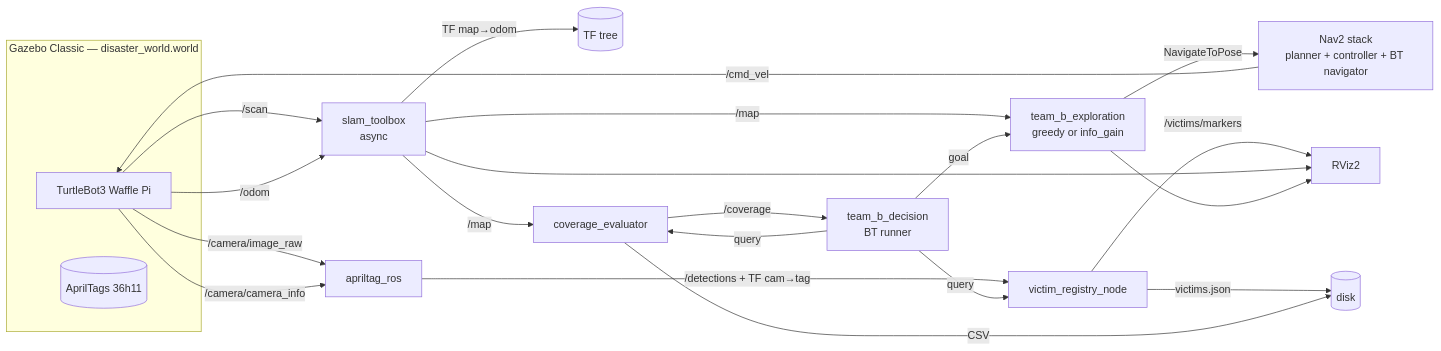
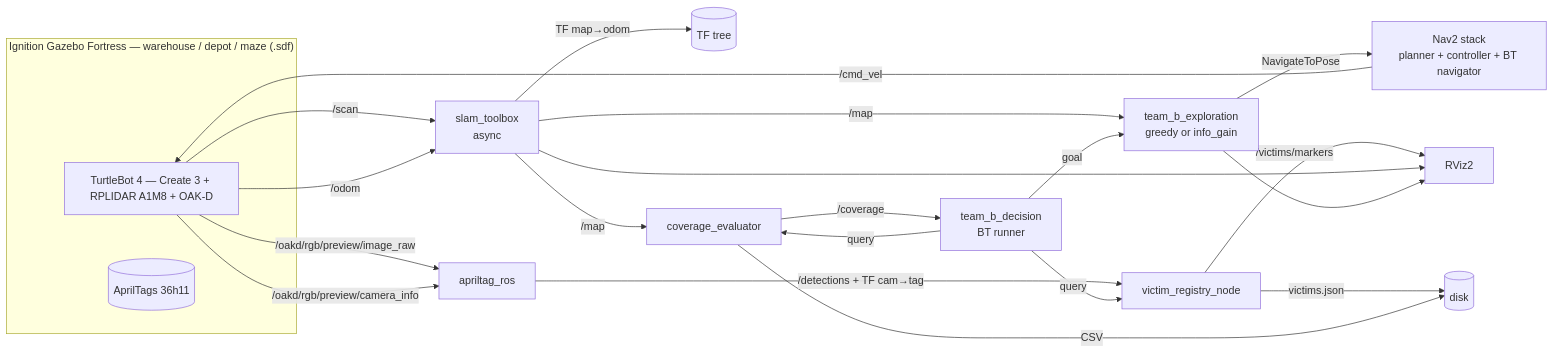
Before and after one commit to YiZeems/autonomous-search-and-rescue: the diagram in docs/architecture.md, drawn with Mermaid. The commit also changed other lines of this file and 8 other files, not shown here.

````diff
--- a/docs/architecture.md
+++ b/docs/architecture.md
@@ -7,34 +7,34 @@
 ```mermaid
 flowchart LR
-    subgraph SIM["Gazebo Classic — disaster_world.world"]
-        ROBOT[TurtleBot3 Waffle Pi]
+    subgraph SIM["Ignition Gazebo Fortress — warehouse / depot / maze (.sdf)"]
+        ROBOT[TurtleBot 4 — Create 3 + RPLIDAR A1M8 + OAK-D]
         TAGS[(AprilTags 36h11)]
     end
 
     ROBOT -- /scan --> SLAM
     ROBOT -- /odom --> SLAM
-    ROBOT -- /camera/image_raw --> APRIL[apriltag_ros]
-    ROBOT -- /camera/camera_info --> APRIL
+    ROBOT -- /oakd/rgb/preview/image_raw --> APRIL[apriltag_ros]
+    ROBOT -- /oakd/rgb/preview/camera_info --> APRIL
 
     SLAM[slam_toolbox<br/>async] -- /map --> EXPLORE
     SLAM -- TF map→odom --> TF[(TF tree)]
     SLAM -- /map --> METRIC
 
     APRIL -- /detections + TF cam→tag --> REG[victim_registry_node]
     REG -- /victims/markers --> RVIZ
     REG -- victims.json --> FS[(disk)]
 
     EXPLORE[team_b_exploration<br/>greedy or info_gain] -- NavigateToPose --> NAV2
     BT[team_b_decision<br/>BT runner] -- goal --> EXPLORE
     BT -- query --> REG
     BT -- query --> METRIC
 
     NAV2[Nav2 stack<br/>planner + controller + BT navigator] -- /cmd_vel --> ROBOT
 
     METRIC[coverage_evaluator] -- /coverage --> BT
     METRIC -- CSV --> FS
 
     RVIZ[RViz2]
     SLAM --> RVIZ
     EXPLORE --> RVIZ
 ```
````
